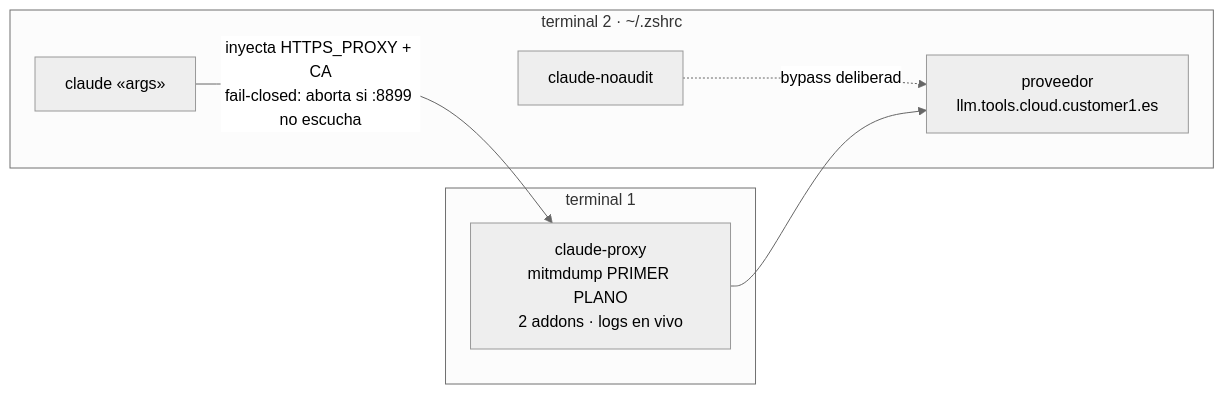
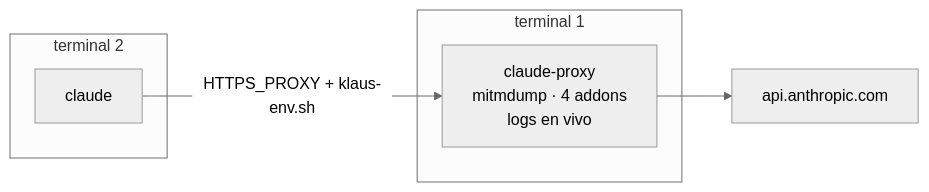
Before and after one commit to Ka0s-Klaus/klaus-proxy-local: the second of 3 diagrams in docs/anthropic-audit-proxy.md, drawn with Mermaid (neutral theme). The commit also changed other lines of this file and 37 other files, not shown here.

````diff
--- a/docs/anthropic-audit-proxy.md
+++ b/docs/anthropic-audit-proxy.md
@@ -119,11 +110,10 @@
 ```mermaid
 flowchart LR
     subgraph t1[terminal 1]
-      P[claude-proxy<br/>mitmdump PRIMER PLANO<br/>2 addons · logs en vivo]
+      P[claude-proxy<br/>mitmdump · 4 addons<br/>logs en vivo]
     end
-    subgraph t2[terminal 2 · ~/.zshrc]
-      C[claude «args»] -->|inyecta HTTPS_PROXY + CA<br/>fail-closed: aborta si :8899 no escucha| P
-      NA[claude-noaudit] -.bypass deliberado.-> GW
+    subgraph t2[terminal 2]
+      C[claude] -->|HTTPS_PROXY + klaus-env.sh| P
     end
-    P --> GW[proveedor<br/>llm.tools.cloud.customer1.es]
+    P --> A[api.anthropic.com]
 ```
````
